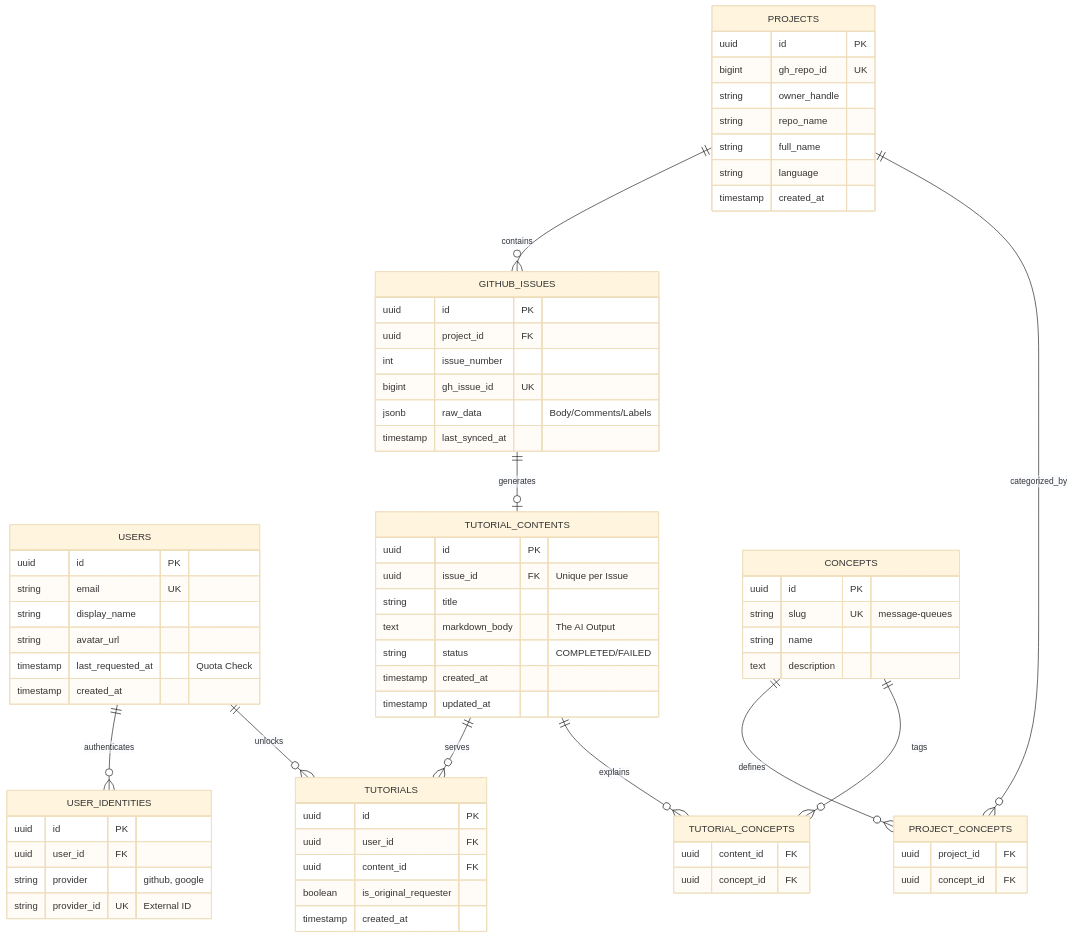
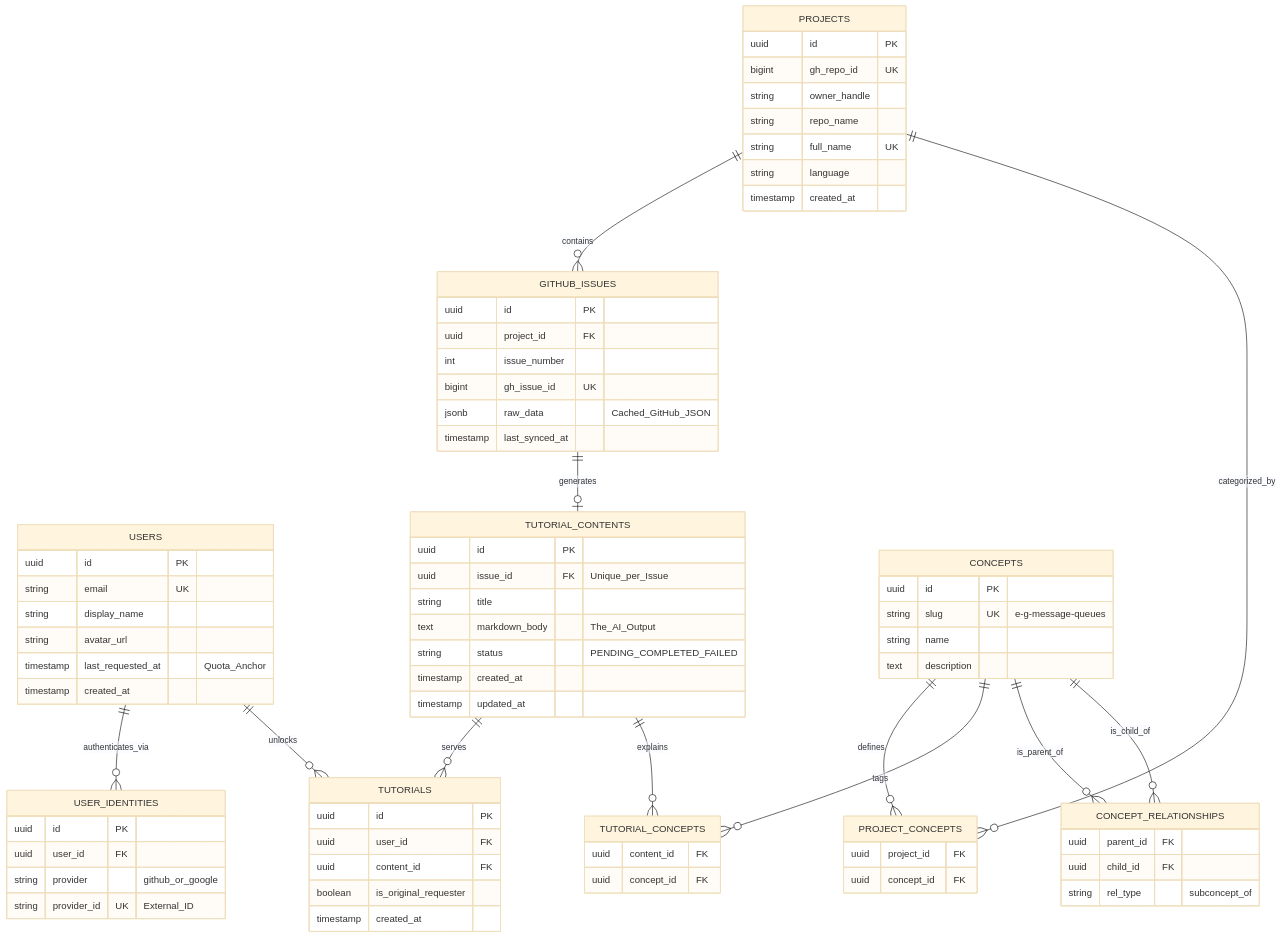
One commit to enesyesil/issuesight changed the second of 2 diagrams in README.md. Above: the diagram before and after it, drawn with Mermaid (base theme).

Commit message:
Update database schema descriptions in README

````diff
--- a/README.md
+++ b/README.md
@@ -126,6 +126,6 @@
 ```mermaid
 erDiagram
-    USERS ||--o{ USER_IDENTITIES : "authenticates"
+    USERS ||--o{ USER_IDENTITIES : "authenticates_via"
     USERS ||--o{ TUTORIALS : "unlocks"
     
     PROJECTS ||--o{ GITHUB_ISSUES : "contains"
@@ -135,6 +135,8 @@
     
     CONCEPTS ||--o{ PROJECT_CONCEPTS : "defines"
     CONCEPTS ||--o{ TUTORIAL_CONCEPTS : "tags"
+    CONCEPTS ||--o{ CONCEPT_RELATIONSHIPS : "is_parent_of"
+    CONCEPTS ||--o{ CONCEPT_RELATIONSHIPS : "is_child_of"
     
     TUTORIAL_CONTENTS ||--o{ TUTORIALS : "serves"
     TUTORIAL_CONTENTS ||--o{ TUTORIAL_CONCEPTS : "explains"
@@ -144,15 +146,15 @@
         string email UK
         string display_name
         string avatar_url
-        timestamp last_requested_at "Quota Check"
+        timestamp last_requested_at "Quota_Anchor"
         timestamp created_at
     }
 
     USER_IDENTITIES {
         uuid id PK
         uuid user_id FK
-        string provider "github, google"
-        string provider_id UK "External ID"
+        string provider "github_or_google"
+        string provider_id UK "External_ID"
     }
 
     PROJECTS {
@@ -160,7 +162,7 @@
         bigint gh_repo_id UK
         string owner_handle
         string repo_name
-        string full_name
+        string full_name UK
         string language
         timestamp created_at
     }
@@ -170,16 +172,16 @@
         uuid project_id FK
         int issue_number
         bigint gh_issue_id UK
-        jsonb raw_data "Body/Comments/Labels"
+        jsonb raw_data "Cached_GitHub_JSON"
         timestamp last_synced_at
     }
 
     TUTORIAL_CONTENTS {
         uuid id PK
-        uuid issue_id FK "Unique per Issue"
+        uuid issue_id FK "Unique_per_Issue"
         string title
-        text markdown_body "The AI Output"
-        string status "COMPLETED/FAILED"
+        text markdown_body "The_AI_Output"
+        string status "PENDING_COMPLETED_FAILED"
         timestamp created_at
         timestamp updated_at
     }
@@ -194,9 +196,15 @@
 
     CONCEPTS {
         uuid id PK
-        string slug UK "message-queues"
+        string slug UK "e-g-message-queues"
         string name
         text description
+    }
+
+    CONCEPT_RELATIONSHIPS {
+        uuid parent_id FK
+        uuid child_id FK
+        string rel_type "subconcept_of"
     }
 
     PROJECT_CONCEPTS {
````
